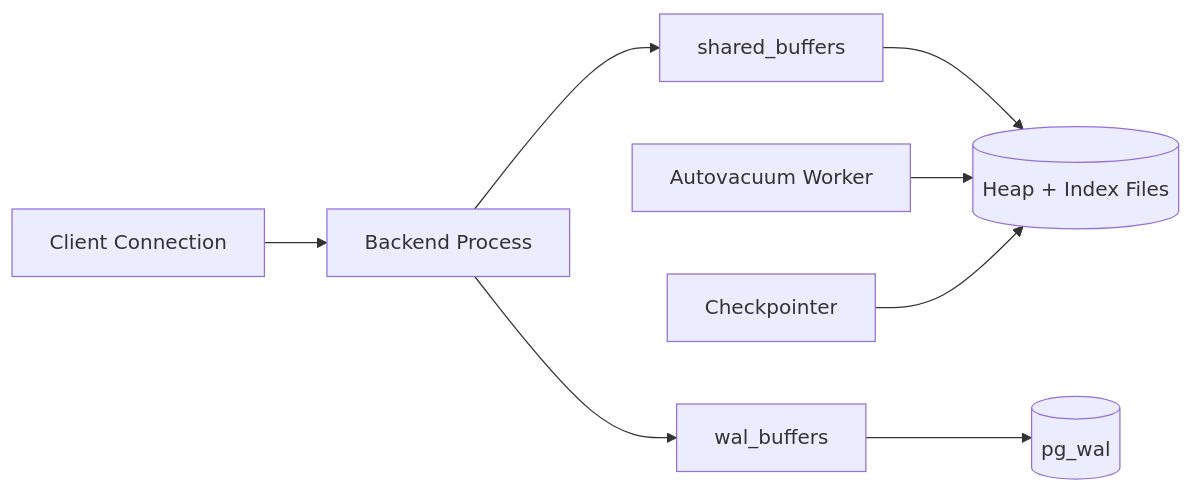
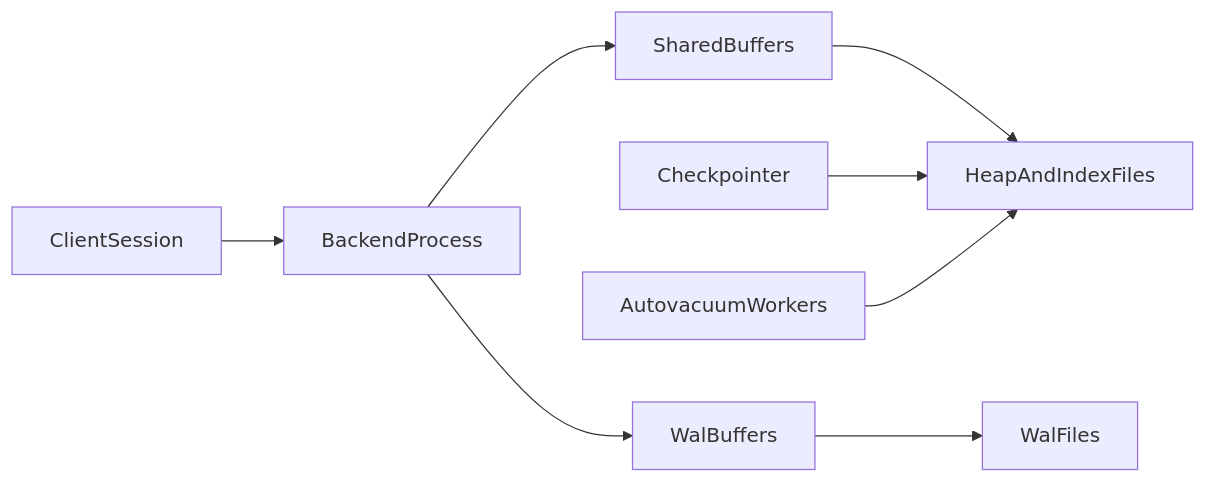
One commit to GabrielAlmeidaFlores/Senior-Software-Architect changed the first of 2 diagrams in database/database-masterclass/02-relational-engines/01-postgresql-deep-dive.md. Above: the diagram before and after it, drawn with Mermaid. The commit also changed other lines of this file and 19 other files, not shown here.

````diff
--- a/database/database-masterclass/02-relational-engines/01-postgresql-deep-dive.md
+++ b/database/database-masterclass/02-relational-engines/01-postgresql-deep-dive.md
@@ -17,10 +29,10 @@
 ```mermaid
 flowchart LR
-    C[Client Connection] --> B[Backend Process]
-    B --> SB[shared_buffers]
-    B --> WB[wal_buffers]
-    WB --> WAL[(pg_wal)]
-    SB --> DATA[(Heap + Index Files)]
-    AV[Autovacuum Worker] --> DATA
-    CKP[Checkpointer] --> DATA
+    client[ClientSession] --> backend[BackendProcess]
+    backend --> sharedBuffers[SharedBuffers]
+    backend --> walBuffers[WalBuffers]
+    walBuffers --> walFiles[WalFiles]
+    sharedBuffers --> heapIndexFiles[HeapAndIndexFiles]
+    checkpointer[Checkpointer] --> heapIndexFiles
+    autovacuum[AutovacuumWorkers] --> heapIndexFiles
 ```
````
